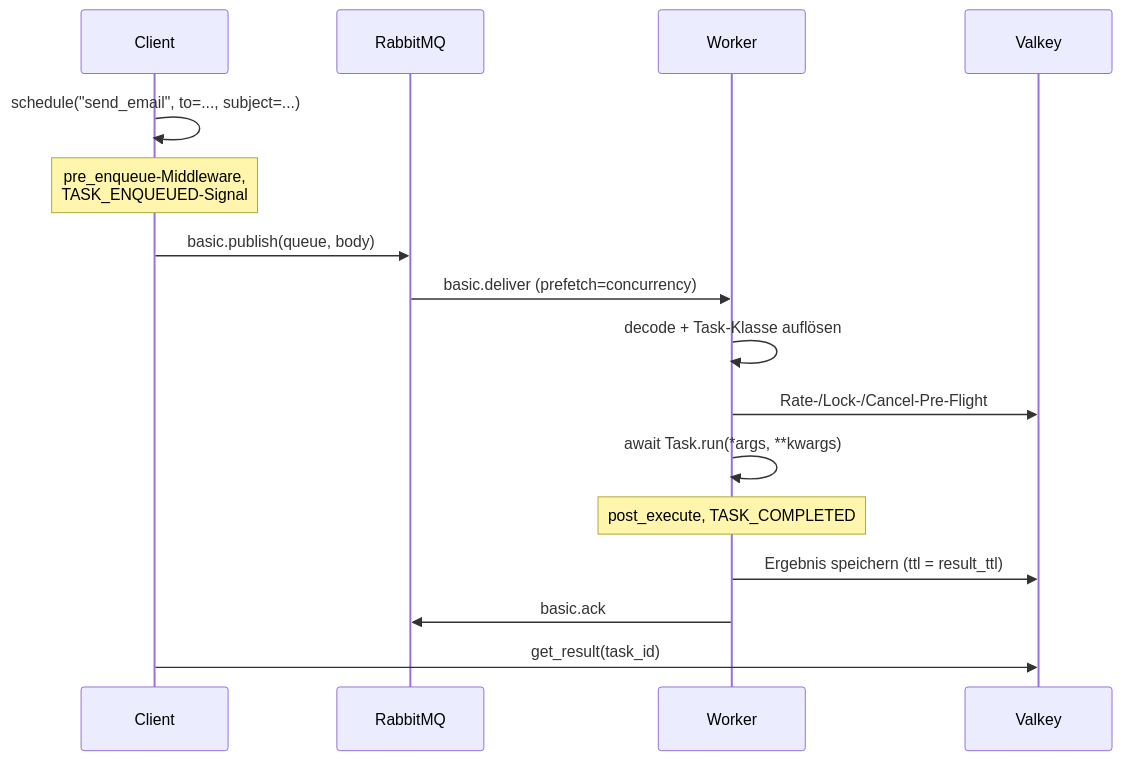
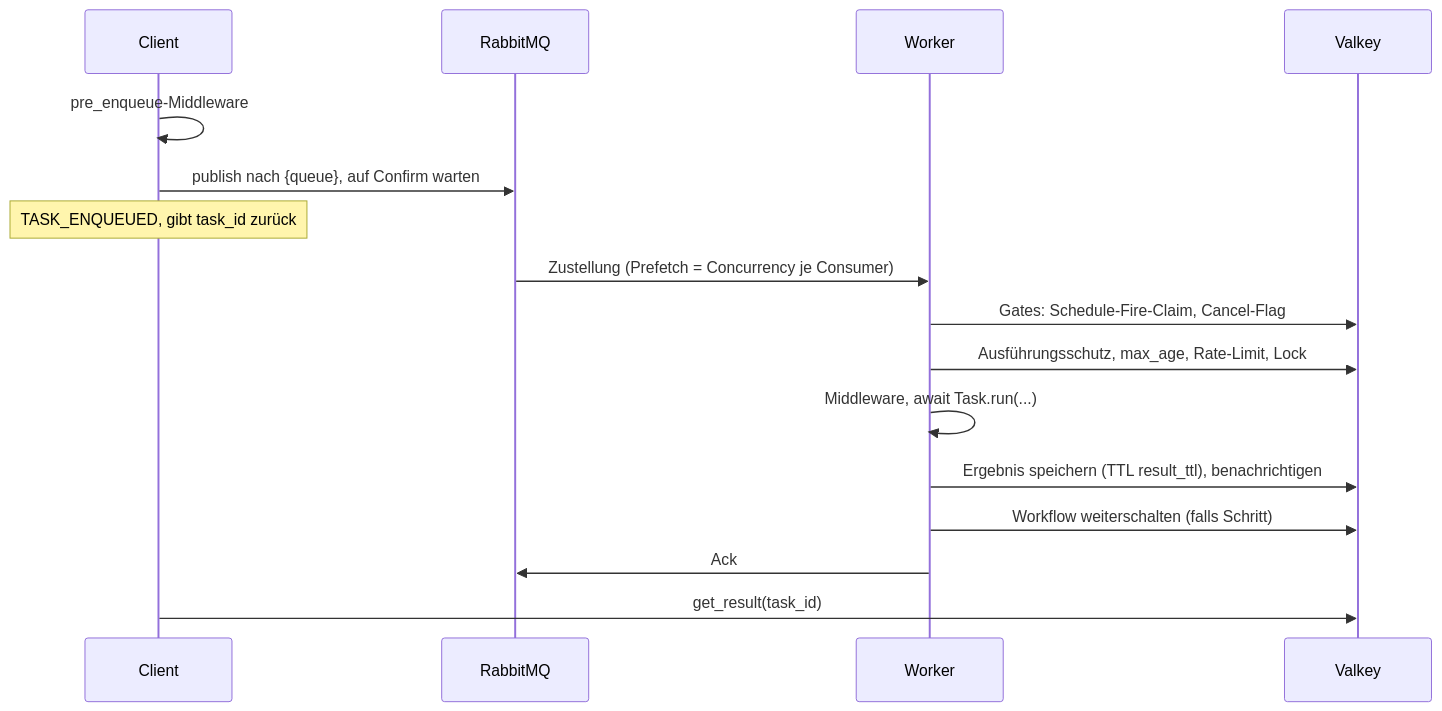
The third of 5 diagrams in website/explanation/architecture.de.md (Schorschofwill/swarmq), drawn with Mermaid before and after one commit. The commit also changed other lines of this file and 84 other files, not shown here.

````diff
--- a/website/explanation/architecture.de.md
+++ b/website/explanation/architecture.de.md
@@ -83,19 +127,19 @@
 ```mermaid
 sequenceDiagram
     participant C as Client
     participant B as RabbitMQ
     participant W as Worker
     participant V as Valkey
 
-    C->>C: schedule("send_email", to=..., subject=...)
-    Note over C: pre_enqueue-Middleware,<br/>TASK_ENQUEUED-Signal
-    C->>B: basic.publish(queue, body)
-    B->>W: basic.deliver (prefetch=concurrency)
-    W->>W: decode + Task-Klasse auflösen
-    W->>V: Rate-/Lock-/Cancel-Pre-Flight
-    W->>W: await Task.run(*args, **kwargs)
-    Note over W: post_execute, TASK_COMPLETED
-    W->>V: Ergebnis speichern (ttl = result_ttl)
-    W->>B: basic.ack
+    C->>C: pre_enqueue-Middleware
+    C->>B: publish nach {queue}, auf Confirm warten
+    Note over C: TASK_ENQUEUED, gibt task_id zurück
+    B->>W: Zustellung (Prefetch = Concurrency je Consumer)
+    W->>V: Gates: Schedule-Fire-Claim, Cancel-Flag
+    W->>V: Ausführungsschutz, max_age, Rate-Limit, Lock
+    W->>W: Middleware, await Task.run(...)
+    W->>V: Ergebnis speichern (TTL result_ttl), benachrichtigen
+    W->>V: Workflow weiterschalten (falls Schritt)
+    W->>B: Ack
     C->>V: get_result(task_id)
 ```
````
